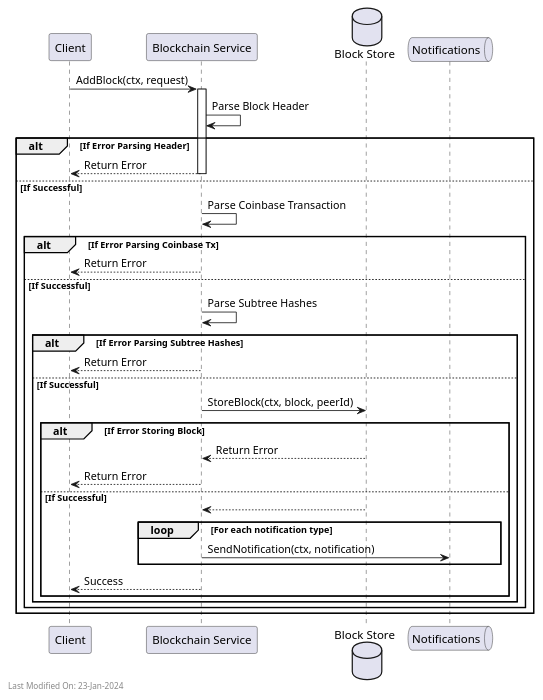
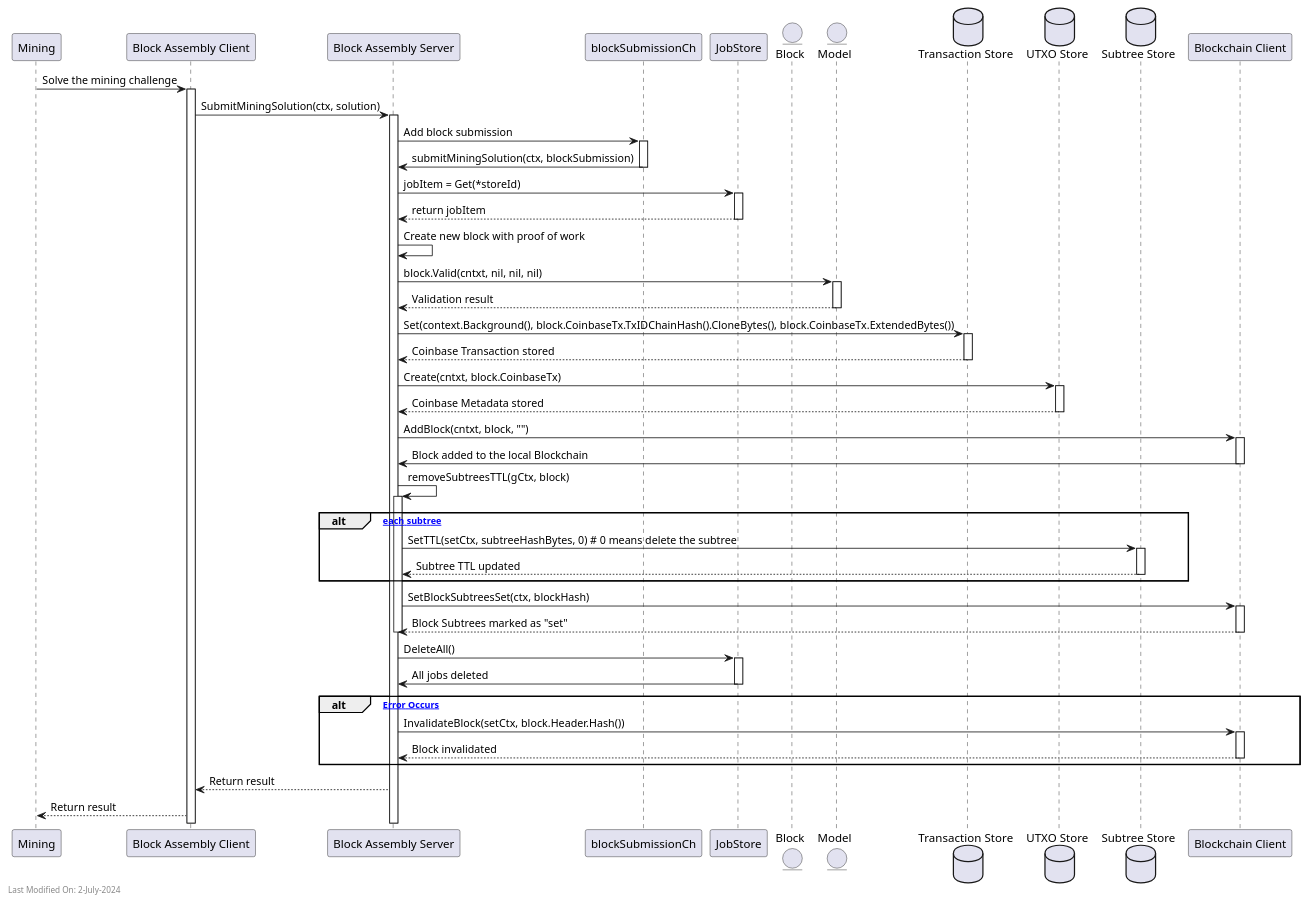
Before and after one commit to freemans13/teranode: the diagram in docs/services/img/plantuml/blockchain/blockchain_add_block.puml, drawn with PlantUML. The commit also changed 14 other files, not shown here.

Commit message:
Documentation - Document new BlockChain NotificationType_BlockSubtreesSet notification. Update BlockAssembly and BlockValidation documentation to remove the no longer available "setLocalMined" mode.

```diff
--- a/docs/services/img/plantuml/blockchain/blockchain_add_block.puml
+++ b/docs/services/img/plantuml/blockchain/blockchain_add_block.puml
@@ -2,44 +1,89 @@
 @startuml
-participant "Client" as Client
-participant "Blockchain Service" as Service
-database "Block Store" as Store
-queue "Notifications" as Notify
+participant "Mining" as Mining
+participant "Block Assembly Client" as BlockClient
+participant "Block Assembly Server" as BlockServer
+participant "blockSubmissionCh" as SubmissionCh
+participant "JobStore" as JobStore
+entity "Block" as Block
+entity "Model" as Model
+database "Transaction Store" as TxStore
+database "UTXO Store" as UTXOStore
+database "Subtree Store" as SubtreeStore
+participant "Blockchain Client" as BlockchainClient
 
-Client -> Service: AddBlock(ctx, request)
-activate Service
+Mining -> BlockClient: Solve the mining challenge
+activate BlockClient
 
-Service -> Service: Parse Block Header
-alt If Error Parsing Header
-    Service --> Client: Return Error
-    deactivate Service
-else If Successful
-    Service -> Service: Parse Coinbase Transaction
-    alt If Error Parsing Coinbase Tx
-        Service --> Client: Return Error
-        deactivate Service
-    else If Successful
-        Service -> Service: Parse Subtree Hashes
-        alt If Error Parsing Subtree Hashes
-            Service --> Client: Return Error
-            deactivate Service
-        else If Successful
-            Service -> Store: StoreBlock(ctx, block, peerId)
-            alt If Error Storing Block
-                Store --> Service: Return Error
-                Service --> Client: Return Error
-                deactivate Service
-            else If Successful
-                Store --> Service
-                loop For each notification type
-                    Service -> Notify: SendNotification(ctx, notification)
-                end
-                Service --> Client: Success
-            end
-        end
-    end
+BlockClient -> BlockServer: SubmitMiningSolution(ctx, solution)
+activate BlockServer
+
+BlockServer -> SubmissionCh: Add block submission
+activate SubmissionCh
+
+SubmissionCh -> BlockServer: submitMiningSolution(ctx, blockSubmission)
+deactivate SubmissionCh
+
+BlockServer -> JobStore: jobItem = Get(*storeId)
+activate JobStore
+JobStore --> BlockServer: return jobItem
+deactivate JobStore
+
+BlockServer -> BlockServer: Create new block with proof of work
+BlockServer -> Model: block.Valid(cntxt, nil, nil, nil)
+activate Model
+
+Model --> BlockServer: Validation result
+deactivate Model
+
+BlockServer -> TxStore: Set(context.Background(), block.CoinbaseTx.TxIDChainHash().CloneBytes(), block.CoinbaseTx.ExtendedBytes())
+activate TxStore
+TxStore --> BlockServer: Coinbase Transaction stored
+deactivate TxStore
+
+BlockServer -> UTXOStore: Create(cntxt, block.CoinbaseTx)
+activate UTXOStore
+UTXOStore --> BlockServer: Coinbase Metadata stored
+deactivate UTXOStore
+
+BlockServer -> BlockchainClient: AddBlock(cntxt, block, "")
+activate BlockchainClient
+BlockchainClient -> BlockServer: Block added to the local Blockchain
+deactivate BlockchainClient
+
+BlockServer -> BlockServer: removeSubtreesTTL(gCtx, block)
+activate BlockServer
+
+alt [for each subtree]
+    BlockServer -> SubtreeStore: SetTTL(setCtx, subtreeHashBytes, 0) # 0 means delete the subtree
+    activate SubtreeStore
+    SubtreeStore --> BlockServer: Subtree TTL updated
+    deactivate SubtreeStore
 end
-deactivate Service
 
-left footer Last Modified On: 23-Jan-2024
+
+BlockServer -> BlockchainClient : SetBlockSubtreesSet(ctx, blockHash)
+activate BlockchainClient
+BlockchainClient --> BlockServer : Block Subtrees marked as "set"
+deactivate BlockchainClient
+
+deactivate BlockServer
+
+
+BlockServer -> JobStore: DeleteAll()
+activate JobStore
+JobStore -> BlockServer: All jobs deleted
+deactivate JobStore
+
+alt [If Error Occurs]
+    BlockServer -> BlockchainClient: InvalidateBlock(setCtx, block.Header.Hash())
+    activate BlockchainClient
+    BlockchainClient --> BlockServer: Block invalidated
+    deactivate BlockchainClient
+end
+
+BlockServer --> BlockClient: Return result
+BlockClient --> Mining: Return result
+
+left footer Last Modified On: 2-July-2024
 
 @enduml
```
